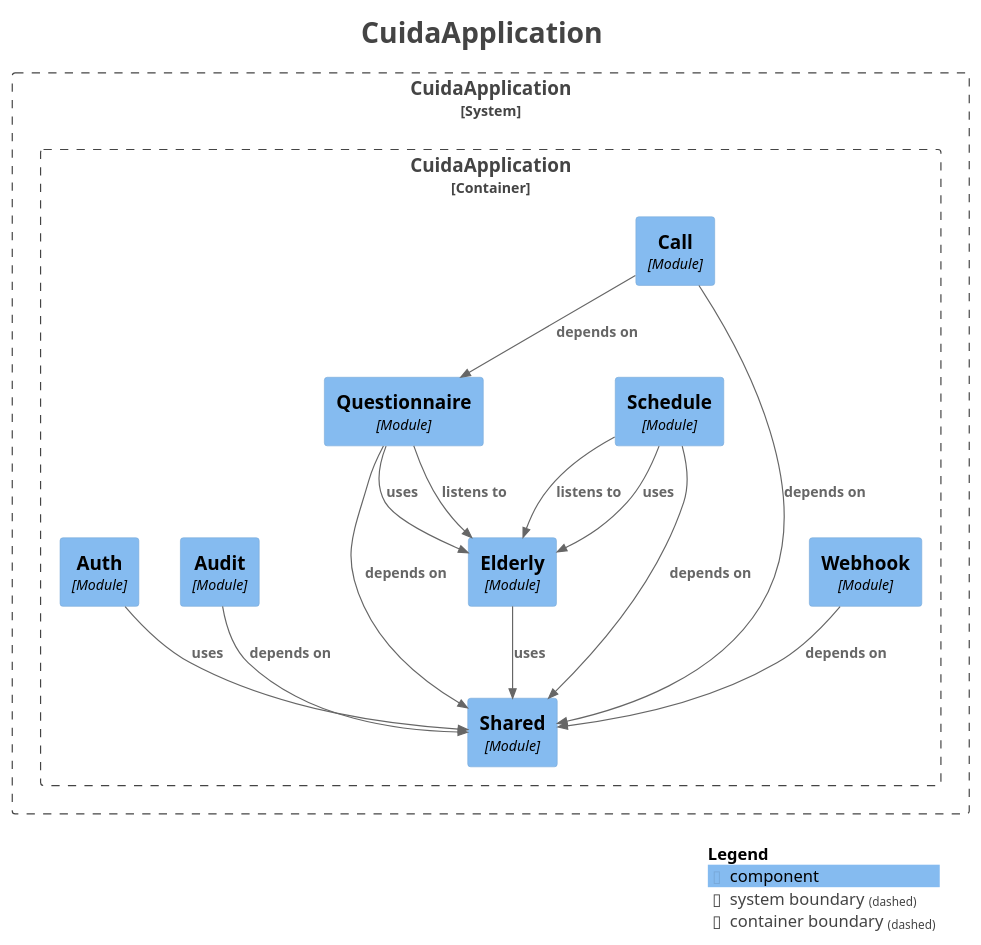
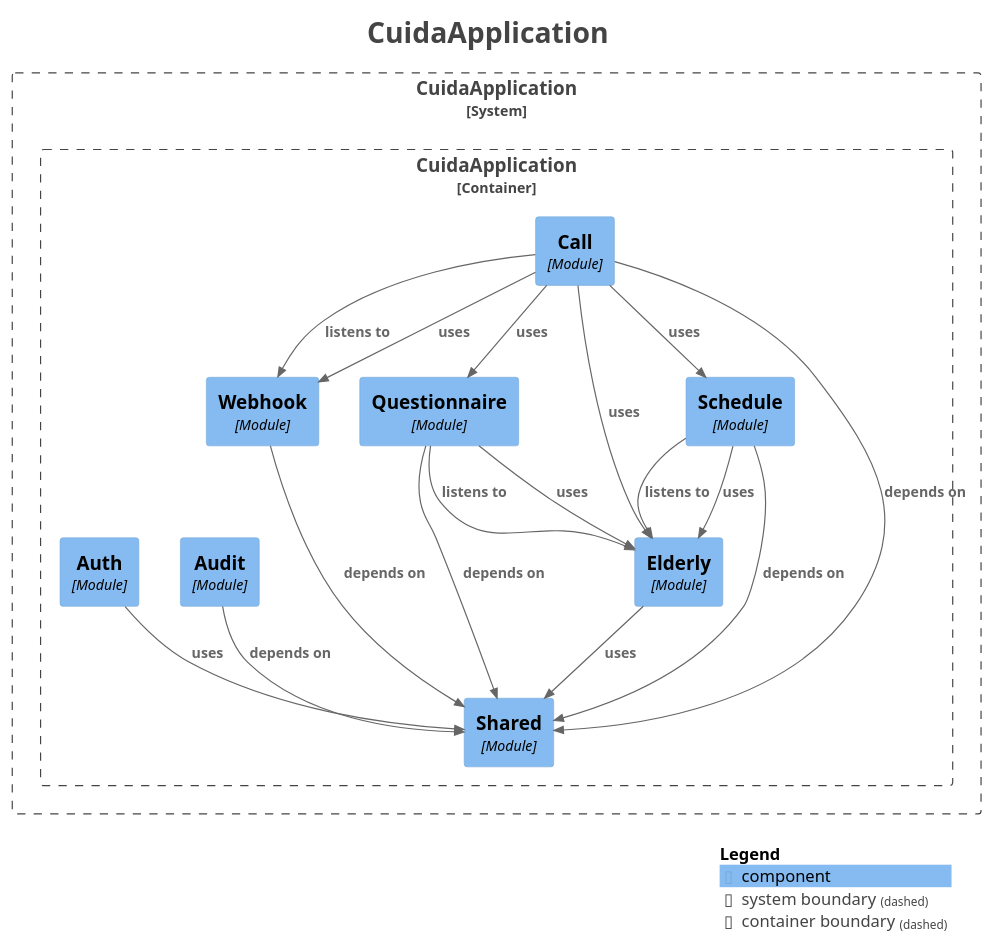
Before and after one commit to Rodrimir/alo_diario: the diagram in docs/modules/components.puml, drawn with PlantUML. The commit also changed 61 other files, not shown here.

```diff
--- a/docs/modules/components.puml
+++ b/docs/modules/components.puml
@@ -1,47 +1,51 @@
 @startuml
 title <size:24>CuidaApplication</size>
 
 set separator none
 top to bottom direction
 
 <style>
   root {
     BackgroundColor: #ffffff
     FontColor: #444444
   }
 </style>
 
 !include <C4/C4>
 !include <C4/C4_Context>
 !include <C4/C4_Component>
 
 System_Boundary("CuidaApplication_boundary", "CuidaApplication", $tags="") {
   Container_Boundary("CuidaApplication.CuidaApplication_boundary", "CuidaApplication", $tags="") {
     Component(CuidaApplication.CuidaApplication.Webhook, "Webhook", $techn="Module", $descr="", $tags="", $link="")
     Component(CuidaApplication.CuidaApplication.Questionnaire, "Questionnaire", $techn="Module", $descr="", $tags="", $link="")
     Component(CuidaApplication.CuidaApplication.Schedule, "Schedule", $techn="Module", $descr="", $tags="", $link="")
     Component(CuidaApplication.CuidaApplication.Call, "Call", $techn="Module", $descr="", $tags="", $link="")
     Component(CuidaApplication.CuidaApplication.Shared, "Shared", $techn="Module", $descr="", $tags="", $link="")
     Component(CuidaApplication.CuidaApplication.Audit, "Audit", $techn="Module", $descr="", $tags="", $link="")
     Component(CuidaApplication.CuidaApplication.Auth, "Auth", $techn="Module", $descr="", $tags="", $link="")
     Component(CuidaApplication.CuidaApplication.Elderly, "Elderly", $techn="Module", $descr="", $tags="", $link="")
   }
 
 }
 
 Rel(CuidaApplication.CuidaApplication.Audit, CuidaApplication.CuidaApplication.Shared, "depends on", $techn="", $tags="", $link="")
 Rel(CuidaApplication.CuidaApplication.Auth, CuidaApplication.CuidaApplication.Shared, "uses", $techn="", $tags="", $link="")
-Rel(CuidaApplication.CuidaApplication.Call, CuidaApplication.CuidaApplication.Questionnaire, "depends on", $techn="", $tags="", $link="")
+Rel(CuidaApplication.CuidaApplication.Call, CuidaApplication.CuidaApplication.Elderly, "uses", $techn="", $tags="", $link="")
+Rel(CuidaApplication.CuidaApplication.Call, CuidaApplication.CuidaApplication.Questionnaire, "uses", $techn="", $tags="", $link="")
+Rel(CuidaApplication.CuidaApplication.Call, CuidaApplication.CuidaApplication.Schedule, "uses", $techn="", $tags="", $link="")
 Rel(CuidaApplication.CuidaApplication.Call, CuidaApplication.CuidaApplication.Shared, "depends on", $techn="", $tags="", $link="")
+Rel(CuidaApplication.CuidaApplication.Call, CuidaApplication.CuidaApplication.Webhook, "listens to", $techn="", $tags="", $link="")
+Rel(CuidaApplication.CuidaApplication.Call, CuidaApplication.CuidaApplication.Webhook, "uses", $techn="", $tags="", $link="")
 Rel(CuidaApplication.CuidaApplication.Elderly, CuidaApplication.CuidaApplication.Shared, "uses", $techn="", $tags="", $link="")
 Rel(CuidaApplication.CuidaApplication.Questionnaire, CuidaApplication.CuidaApplication.Elderly, "listens to", $techn="", $tags="", $link="")
 Rel(CuidaApplication.CuidaApplication.Questionnaire, CuidaApplication.CuidaApplication.Elderly, "uses", $techn="", $tags="", $link="")
 Rel(CuidaApplication.CuidaApplication.Questionnaire, CuidaApplication.CuidaApplication.Shared, "depends on", $techn="", $tags="", $link="")
 Rel(CuidaApplication.CuidaApplication.Schedule, CuidaApplication.CuidaApplication.Elderly, "listens to", $techn="", $tags="", $link="")
 Rel(CuidaApplication.CuidaApplication.Schedule, CuidaApplication.CuidaApplication.Elderly, "uses", $techn="", $tags="", $link="")
 Rel(CuidaApplication.CuidaApplication.Schedule, CuidaApplication.CuidaApplication.Shared, "depends on", $techn="", $tags="", $link="")
 Rel(CuidaApplication.CuidaApplication.Webhook, CuidaApplication.CuidaApplication.Shared, "depends on", $techn="", $tags="", $link="")
 
 SHOW_LEGEND(true)
 hide stereotypes
 @enduml
```
